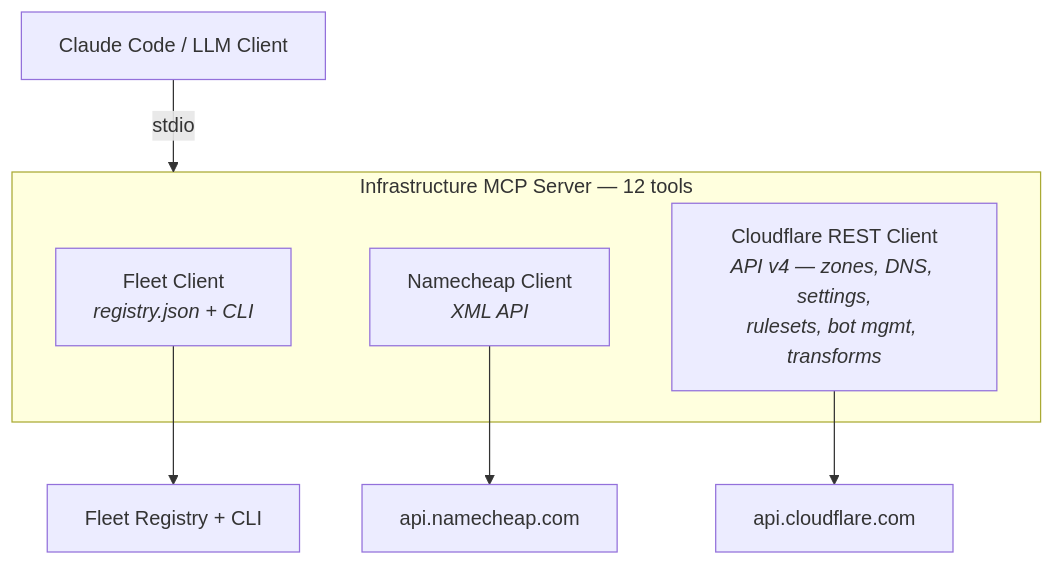
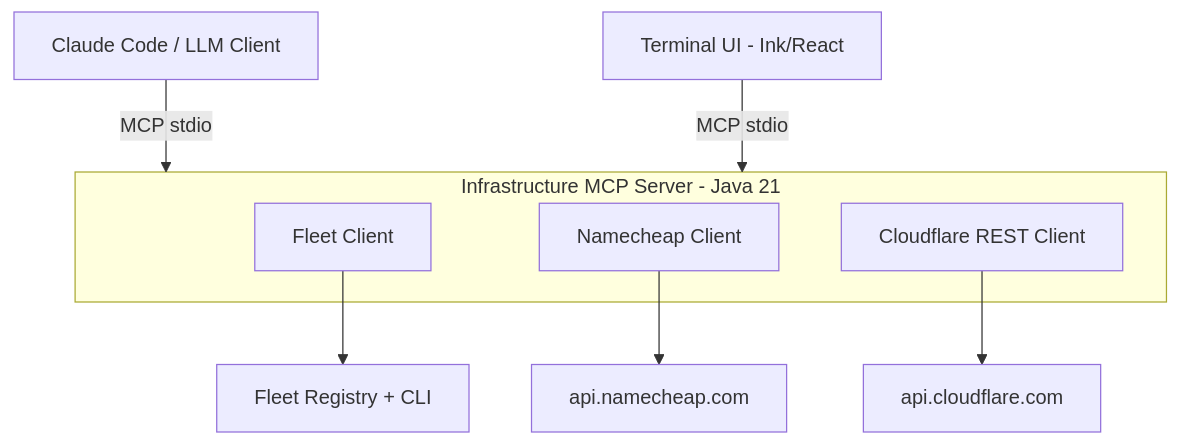
The diagram in README.md (wrxck/infrastructure-mcp), drawn with Mermaid before and after one commit. The commit also changed other lines of this file and 3 other files, not shown here.

````diff
--- a/README.md
+++ b/README.md
@@ -36,15 +85,17 @@
 ```mermaid
 graph TD
-    Client[Claude Code / LLM Client]
-    Client -->|stdio| Server
+    AI[Claude Code / LLM Client]
+    TUI[Terminal UI - Ink/React]
+    AI -->|MCP stdio| Server
+    TUI -->|MCP stdio| Server
 
-    subgraph Server[Infrastructure MCP Server — 12 tools]
-        Fleet[Fleet Client<br><i>registry.json + CLI</i>]
-        Namecheap[Namecheap Client<br><i>XML API</i>]
-        Cloudflare[Cloudflare REST Client<br><i>API v4 — zones, DNS, settings,<br>rulesets, bot mgmt, transforms</i>]
+    subgraph Server[Infrastructure MCP Server - Java 21]
+        Fleet[Fleet Client]
+        Namecheap[Namecheap Client]
+        Cloudflare[Cloudflare REST Client]
     end
 
     Fleet --> FleetAPI[Fleet Registry + CLI]
     Namecheap --> NCAPI[api.namecheap.com]
     Cloudflare --> CFAPI[api.cloudflare.com]
 ```
````
